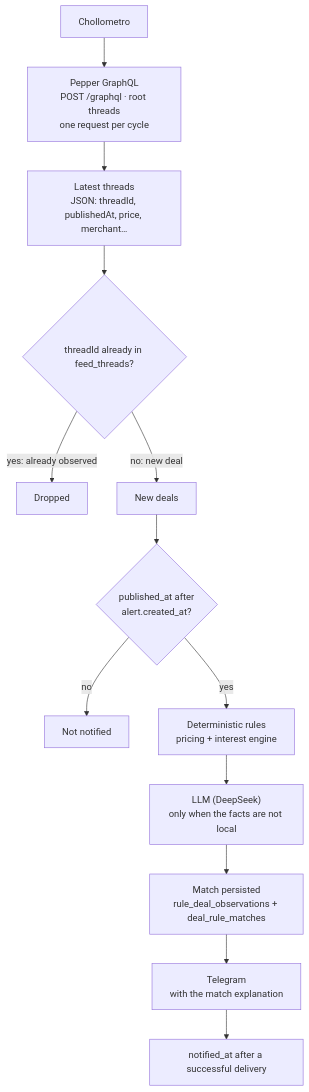
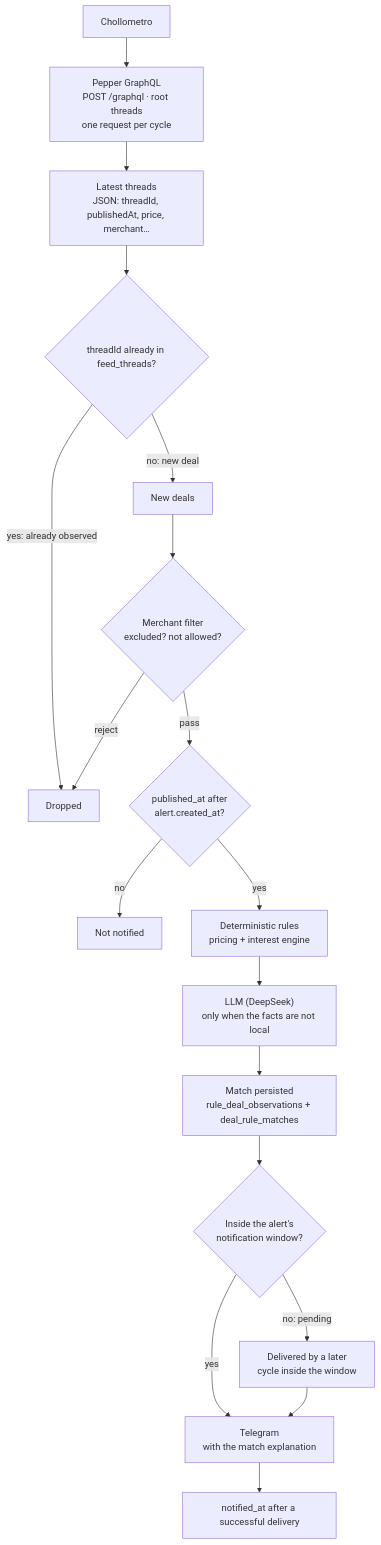
The first of 2 diagrams in README.md (vgvr0/chollo-alerts), drawn with Mermaid before and after one commit. The commit also changed other lines of this file and 19 other files, not shown here.

First line of the commit message:
feat: add merchant filters and notification schedules

````diff
--- a/README.md
+++ b/README.md
@@ -33,15 +38,20 @@
 ```mermaid
 flowchart TD
     A["Chollometro"] --> B["Pepper GraphQL<br/>POST /graphql · root threads<br/>one request per cycle"]
     B --> C["Latest threads<br/>JSON: threadId, publishedAt, price, merchant…"]
     C --> D{"threadId already in feed_threads?"}
     D -- "yes: already observed" --> E["Dropped"]
     D -- "no: new deal" --> F["New deals"]
-    F --> H{"published_at after<br/>alert.created_at?"}
+    F --> G{"Merchant filter<br/>excluded? not allowed?"}
+    G -- "reject" --> E
+    G -- "pass" --> H{"published_at after<br/>alert.created_at?"}
     H -- "no" --> J["Not notified"]
     H -- "yes" --> I["Deterministic rules<br/>pricing + interest engine"]
     I --> P["LLM (DeepSeek)<br/>only when the facts are not local"]
     P --> K["Match persisted<br/>rule_deal_observations + deal_rule_matches"]
-    K --> N["Telegram<br/>with the match explanation"]
+    K --> L{"Inside the alert's<br/>notification window?"}
+    L -- "no: pending" --> M["Delivered by a later<br/>cycle inside the window"]
+    L -- "yes" --> N["Telegram<br/>with the match explanation"]
+    M --> N
     N --> O["notified_at after a successful delivery"]
 ```
````
